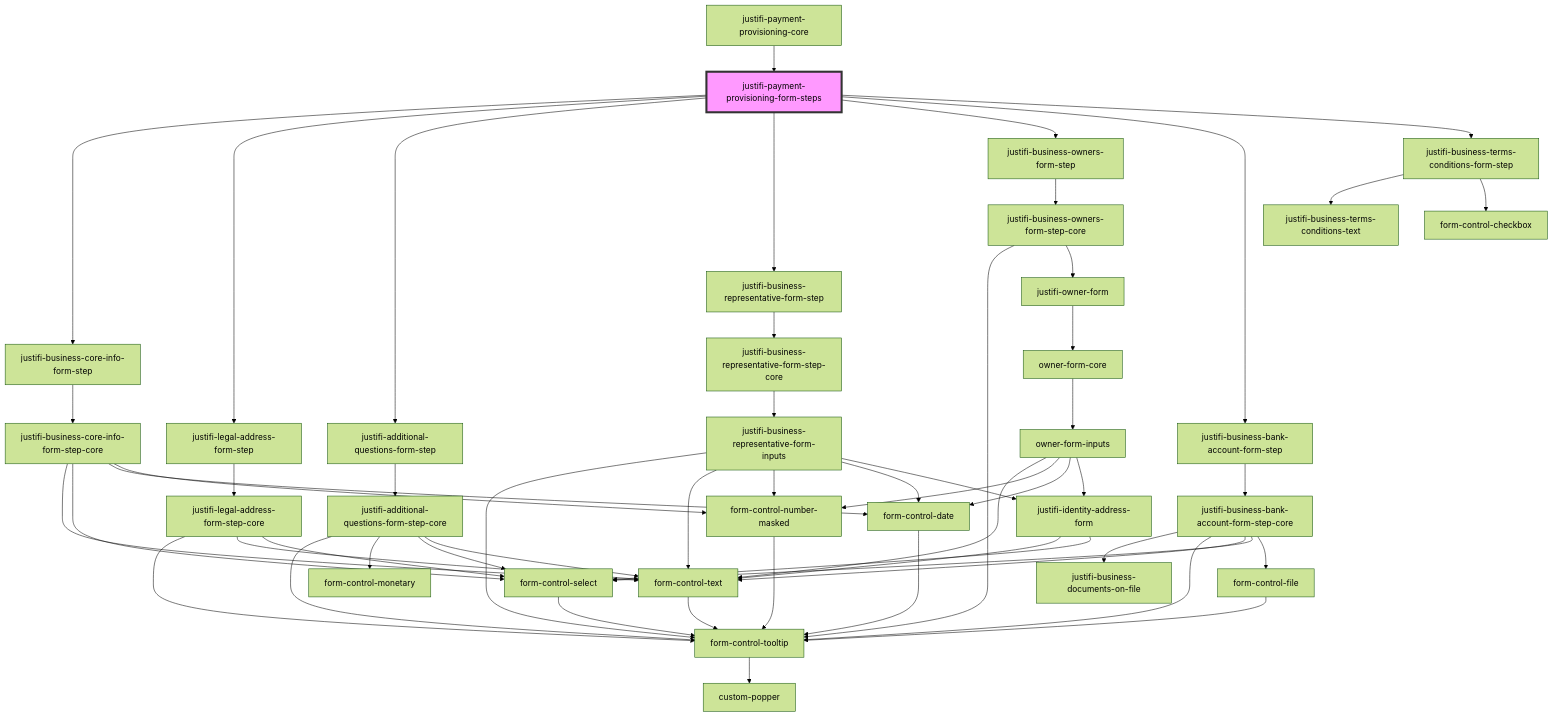
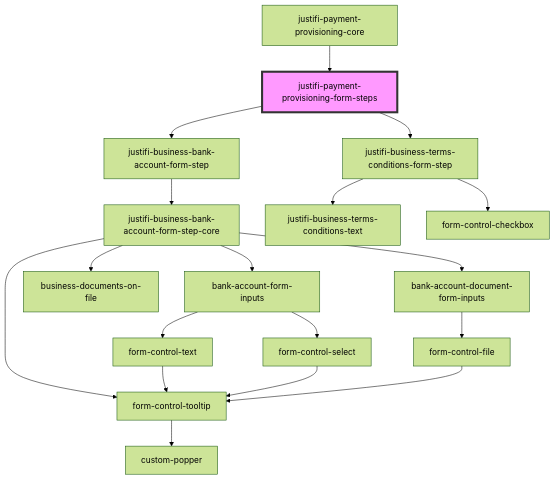
The diagram in packages/webcomponents/src/components/business-forms/payment-provisioning/readme.md (justifi-tech/web-component-library), drawn with Mermaid (forest theme) before and after one commit. The commit also changed other lines of this file and 5 other files, not shown here.

Commit message:
Abstract bank account and document inputs to their own file, clean up bank account core form step

````diff
--- a/packages/webcomponents/src/components/business-forms/payment-provisioning/readme.md
+++ b/packages/webcomponents/src/components/business-forms/payment-provisioning/readme.md
@@ -35,58 +30,21 @@
 ```mermaid
 graph TD;
-  justifi-payment-provisioning-form-steps --> justifi-business-core-info-form-step
-  justifi-payment-provisioning-form-steps --> justifi-legal-address-form-step
-  justifi-payment-provisioning-form-steps --> justifi-additional-questions-form-step
-  justifi-payment-provisioning-form-steps --> justifi-business-representative-form-step
-  justifi-payment-provisioning-form-steps --> justifi-business-owners-form-step
   justifi-payment-provisioning-form-steps --> justifi-business-bank-account-form-step
   justifi-payment-provisioning-form-steps --> justifi-business-terms-conditions-form-step
-  justifi-business-core-info-form-step --> justifi-business-core-info-form-step-core
-  justifi-business-core-info-form-step-core --> form-control-text
-  justifi-business-core-info-form-step-core --> form-control-select
-  justifi-business-core-info-form-step-core --> form-control-date
-  justifi-business-core-info-form-step-core --> form-control-number-masked
+  justifi-business-bank-account-form-step --> justifi-business-bank-account-form-step-core
+  justifi-business-bank-account-form-step-core --> form-control-tooltip
+  justifi-business-bank-account-form-step-core --> bank-account-form-inputs
+  justifi-business-bank-account-form-step-core --> business-documents-on-file
+  justifi-business-bank-account-form-step-core --> bank-account-document-form-inputs
+  form-control-tooltip --> custom-popper
+  bank-account-form-inputs --> form-control-text
+  bank-account-form-inputs --> form-control-select
   form-control-text --> form-control-tooltip
-  form-control-tooltip --> custom-popper
   form-control-select --> form-control-tooltip
-  form-control-date --> form-control-tooltip
-  form-control-number-masked --> form-control-tooltip
-  justifi-legal-address-form-step --> justifi-legal-address-form-step-core
-  justifi-legal-address-form-step-core --> form-control-tooltip
-  justifi-legal-address-form-step-core --> form-control-text
-  justifi-legal-address-form-step-core --> form-control-select
-  justifi-additional-questions-form-step --> justifi-additional-questions-form-step-core
-  justifi-additional-questions-form-step-core --> form-control-tooltip
-  justifi-additional-questions-form-step-core --> form-control-monetary
-  justifi-additional-questions-form-step-core --> form-control-select
-  justifi-additional-questions-form-step-core --> form-control-text
-  justifi-business-representative-form-step --> justifi-business-representative-form-step-core
-  justifi-business-representative-form-step-core --> justifi-business-representative-form-inputs
-  justifi-business-representative-form-inputs --> form-control-tooltip
-  justifi-business-representative-form-inputs --> form-control-text
-  justifi-business-representative-form-inputs --> form-control-number-masked
-  justifi-business-representative-form-inputs --> form-control-date
-  justifi-business-representative-form-inputs --> justifi-identity-address-form
-  justifi-identity-address-form --> form-control-text
-  justifi-identity-address-form --> form-control-select
-  justifi-business-owners-form-step --> justifi-business-owners-form-step-core
-  justifi-business-owners-form-step-core --> form-control-tooltip
-  justifi-business-owners-form-step-core --> justifi-owner-form
-  justifi-owner-form --> owner-form-core
-  owner-form-core --> owner-form-inputs
-  owner-form-inputs --> form-control-text
-  owner-form-inputs --> form-control-number-masked
-  owner-form-inputs --> form-control-date
-  owner-form-inputs --> justifi-identity-address-form
-  justifi-business-bank-account-form-step --> justifi-business-bank-account-form-step-core
-  justifi-business-bank-account-form-step-core --> justifi-business-documents-on-file
-  justifi-business-bank-account-form-step-core --> form-control-tooltip
-  justifi-business-bank-account-form-step-core --> form-control-text
-  justifi-business-bank-account-form-step-core --> form-control-select
-  justifi-business-bank-account-form-step-core --> form-control-file
+  bank-account-document-form-inputs --> form-control-file
   form-control-file --> form-control-tooltip
   justifi-business-terms-conditions-form-step --> justifi-business-terms-conditions-text
   justifi-business-terms-conditions-form-step --> form-control-checkbox
   justifi-payment-provisioning-core --> justifi-payment-provisioning-form-steps
   style justifi-payment-provisioning-form-steps fill:#f9f,stroke:#333,stroke-width:4px
 ```
````
